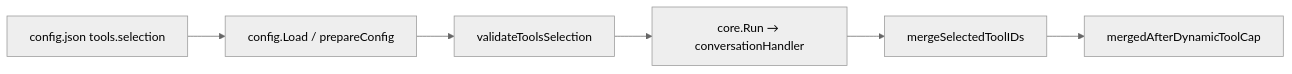
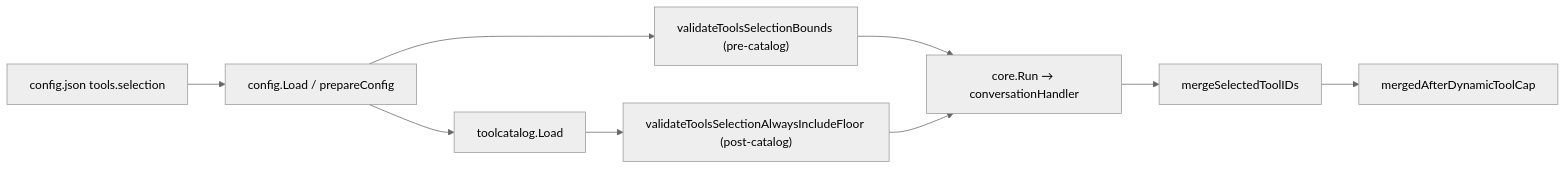
Before and after one commit to asubbot/personal-assistant: the diagram in ai-sdlc-artefacts/epics/EP-037/ep-system-design.md, drawn with Mermaid (neutral theme). The commit also changed other lines of this file and 1 other file, not shown here.

````diff
--- a/ai-sdlc-artefacts/epics/EP-037/ep-system-design.md
+++ b/ai-sdlc-artefacts/epics/EP-037/ep-system-design.md
@@ -50,12 +51,16 @@
 ```mermaid
 flowchart LR
   JSON["config.json tools.selection"]
   Load["config.Load / prepareConfig"]
-  Val["validateToolsSelection"]
+  ValA["validateToolsSelectionBounds (pre-catalog)"]
+  ValB["validateToolsSelectionAlwaysIncludeFloor (post-catalog)"]
   Run["core.Run → conversationHandler"]
   Merge["mergeSelectedToolIDs"]
   Cap["mergedAfterDynamicToolCap"]
-  JSON --> Load --> Val --> Run
+  JSON --> Load --> ValA
+  Load --> CatalogLoad["toolcatalog.Load"] --> ValB
+  ValA --> Run
+  ValB --> Run
   Run --> Merge
   Merge --> Cap
 ```
````
